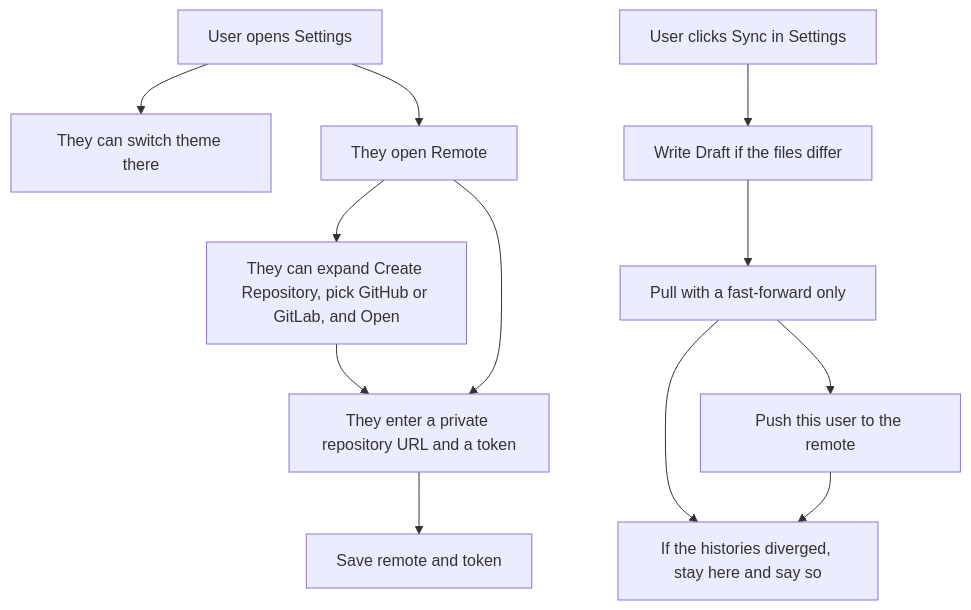
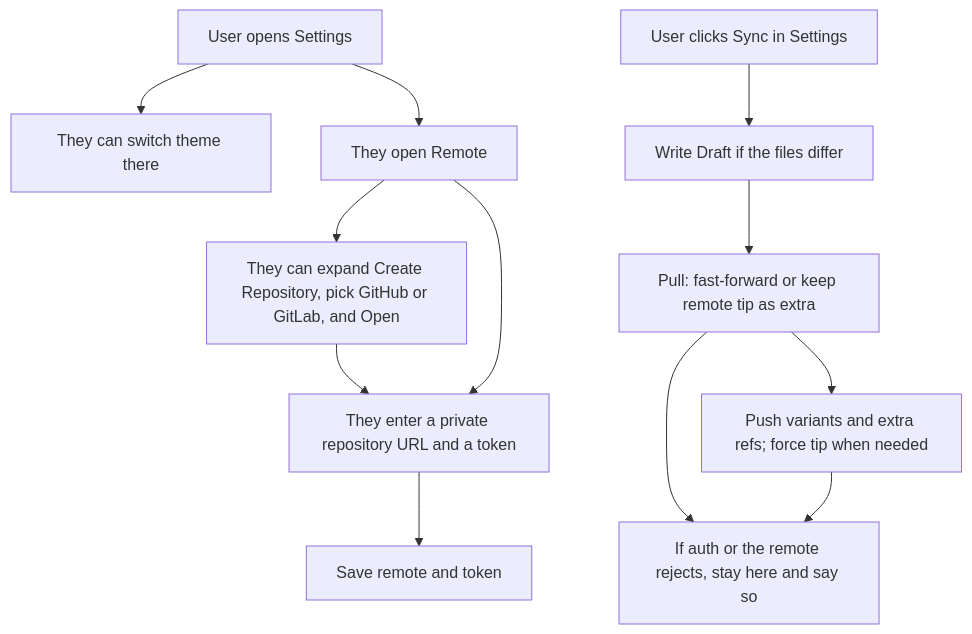
One commit to IsmailBiswas/lines changed diagram 13 of 14 in docs/user-flows.md. Above: the diagram before and after it, drawn with Mermaid. The commit also changed other lines of this file and 10 other files, not shown here.

Commit message:
Sync and remote import keep every variant tip.

````diff
--- a/docs/user-flows.md
+++ b/docs/user-flows.md
@@ -270,21 +270,21 @@
 ```mermaid
 flowchart TD
   settings[User opens Settings]
   theme[They can switch theme there]
   remote[They open Remote]
   create[They can expand Create Repository, pick GitHub or GitLab, and Open]
   fields[They enter a private repository URL and a token]
   save[Save remote and token]
   sync[User clicks Sync in Settings]
   write[Write Draft if the files differ]
-  pull[Pull with a fast-forward only]
-  push[Push this user to the remote]
-  fail[If the histories diverged, stay here and say so]
+  pull[Pull: fast-forward or keep remote tip as extra]
+  push[Push variants and extra refs; force tip when needed]
+  fail[If auth or the remote rejects, stay here and say so]
 
   settings --> theme
   settings --> remote --> create --> fields --> save
   remote --> fields
   sync --> write --> pull --> push
   pull --> fail
   push --> fail
 ```
````
